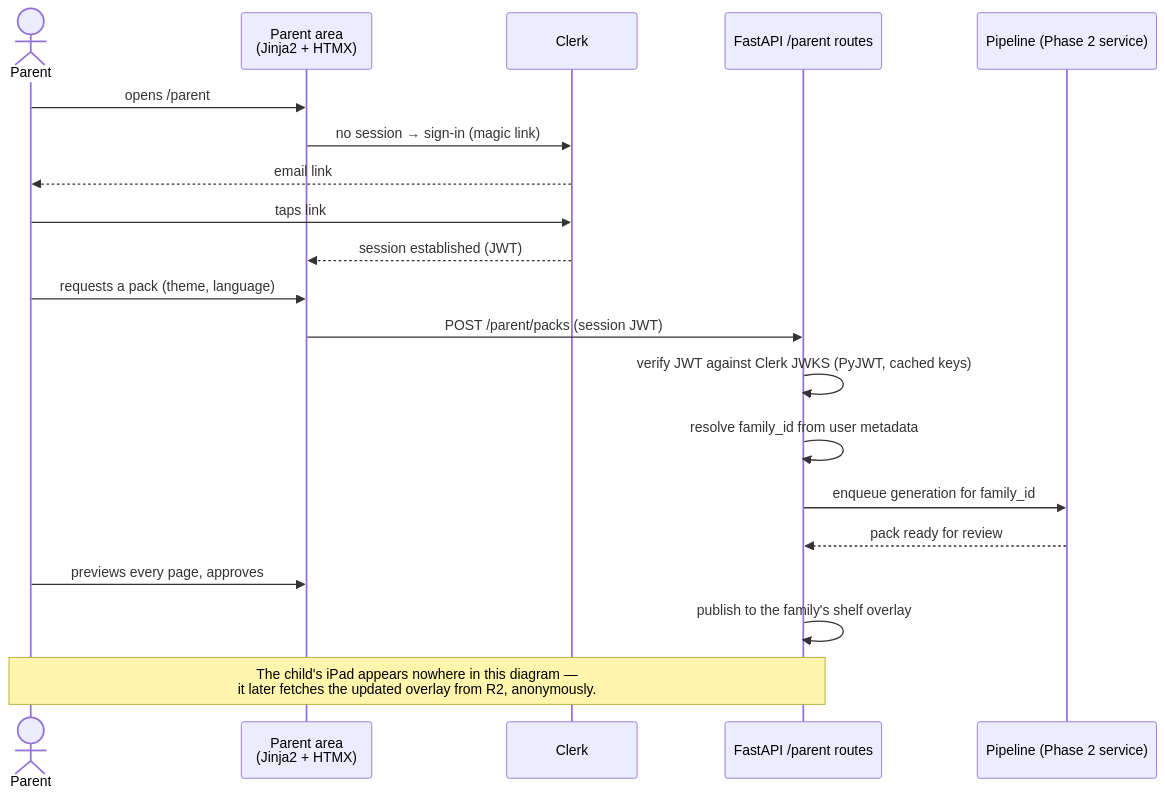
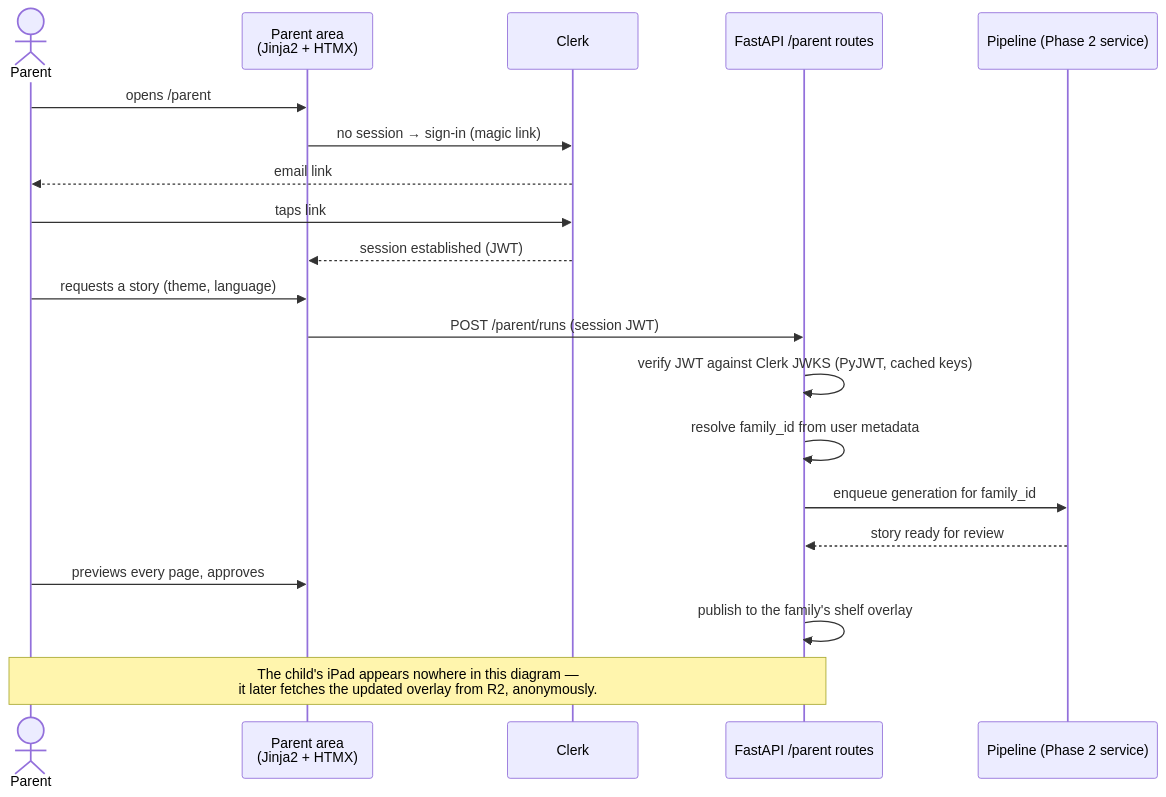
One commit to darth-dodo/cantastorie changed the second of 3 diagrams in docs/adr/ADR-003-parent-authentication-clerk.md. Above: the diagram before and after it, drawn with Mermaid. The commit also changed other lines of this file and 44 other files, not shown here.

First line of the commit message:
refactor: remove the packs concept — one story per run (AI-480) (#122)

````diff
--- a/docs/adr/ADR-003-parent-authentication-clerk.md
+++ b/docs/adr/ADR-003-parent-authentication-clerk.md
@@ -287,24 +288,24 @@
 ```mermaid
 sequenceDiagram
     actor Parent
     participant PA as Parent area<br/>(Jinja2 + HTMX)
     participant Clerk
     participant API as FastAPI /parent routes
     participant Pipe as Pipeline (Phase 2 service)
 
     Parent->>PA: opens /parent
     PA->>Clerk: no session → sign-in (magic link)
     Clerk-->>Parent: email link
     Parent->>Clerk: taps link
     Clerk-->>PA: session established (JWT)
-    Parent->>PA: requests a pack (theme, language)
-    PA->>API: POST /parent/packs (session JWT)
+    Parent->>PA: requests a story (theme, language)
+    PA->>API: POST /parent/runs (session JWT)
     API->>API: verify JWT against Clerk JWKS (PyJWT, cached keys)
     API->>API: resolve family_id from user metadata
     API->>Pipe: enqueue generation for family_id
-    Pipe-->>API: pack ready for review
+    Pipe-->>API: story ready for review
     Parent->>PA: previews every page, approves
     API->>API: publish to the family's shelf overlay
 
     Note over Parent,API: The child's iPad appears nowhere in this diagram —<br/>it later fetches the updated overlay from R2, anonymously.
 ```
````
